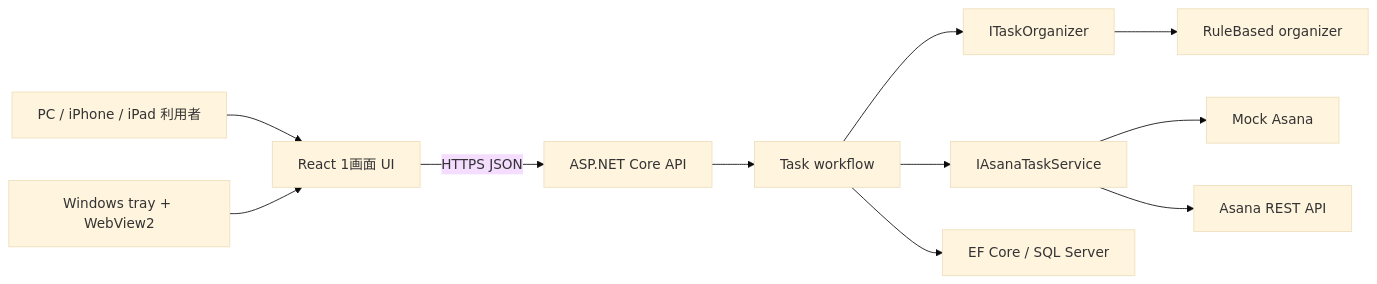
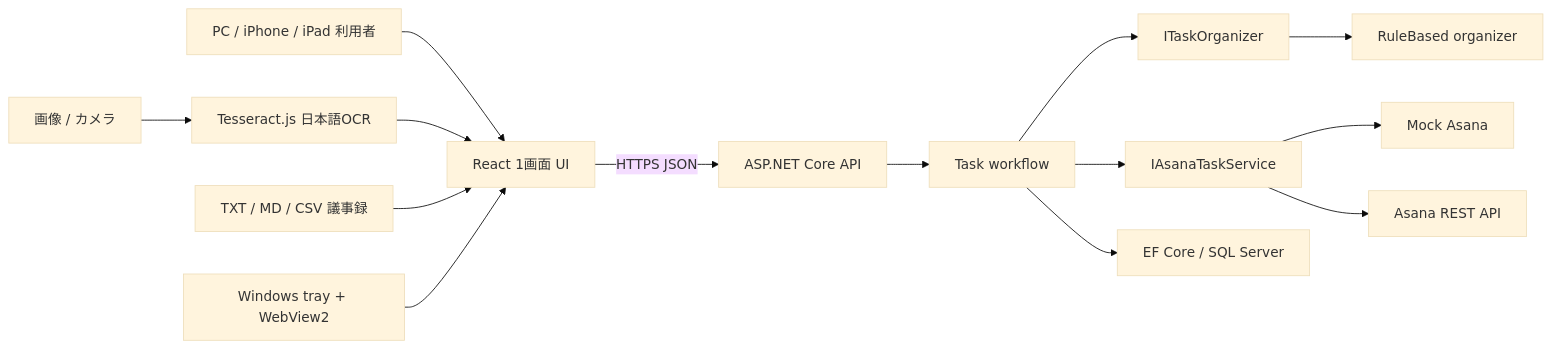
Before and after one commit to onishichimaki/Asana_App: the first of 2 diagrams in ARCHITECTURE.md, drawn with Mermaid (base theme). The commit also changed other lines of this file and 14 other files, not shown here.

````diff
--- a/ARCHITECTURE.md
+++ b/ARCHITECTURE.md
@@ -7,13 +7,15 @@
 ```mermaid
 flowchart LR
     User["PC / iPhone / iPad 利用者"] --> Web["React 1画面 UI"]
+    Image["画像 / カメラ"] --> Ocr["Tesseract.js 日本語OCR"] --> Web
+    Minutes["TXT / MD / CSV 議事録"] --> Web
     Tray["Windows tray + WebView2"] --> Web
     Web -->|HTTPS JSON| Api["ASP.NET Core API"]
     Api --> Workflow["Task workflow"]
     Workflow --> Organizer["ITaskOrganizer"]
     Workflow --> Asana["IAsanaTaskService"]
     Workflow --> Db["EF Core / SQL Server"]
     Organizer --> Rule["RuleBased organizer"]
     Asana --> Mock["Mock Asana"]
     Asana --> Real["Asana REST API"]
 ```
````
